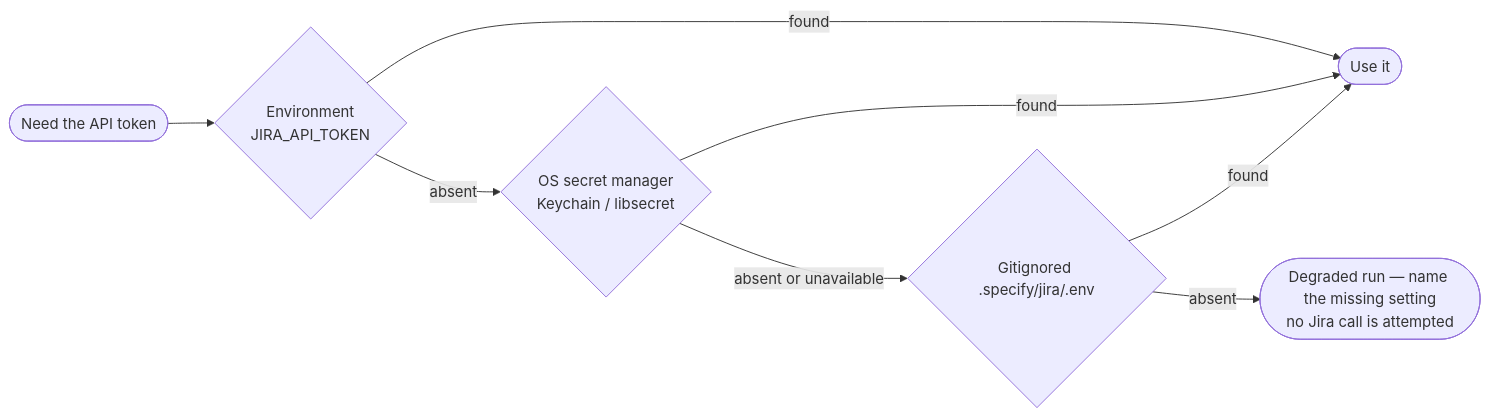
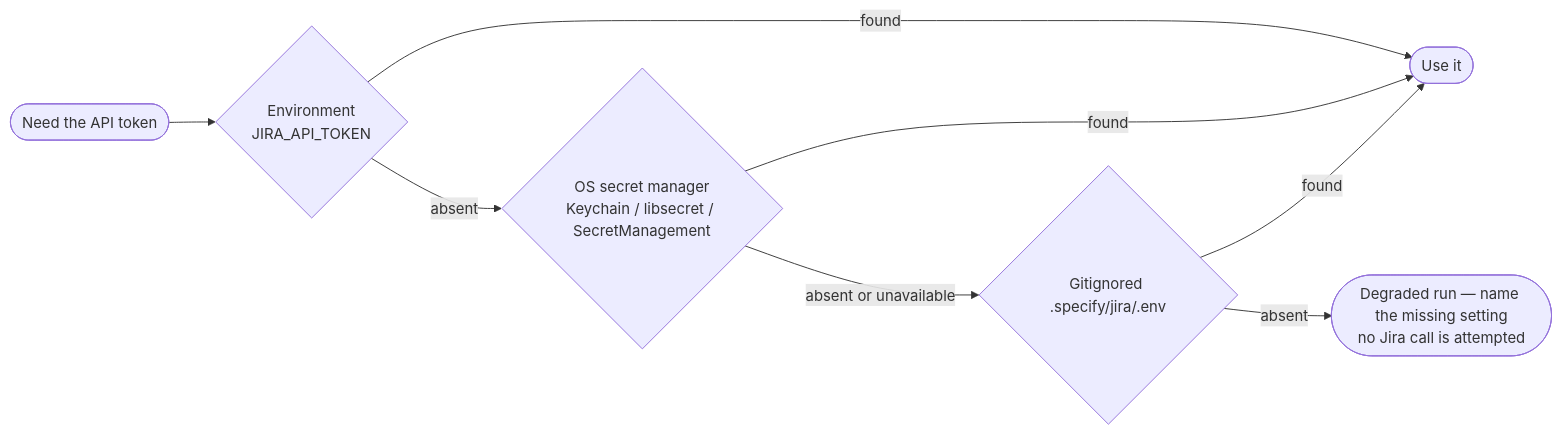
The second of 5 diagrams in docs/07-configuration-and-secrets.md (Fyloss/spec-kit-jira), drawn with Mermaid before and after one commit. The commit also changed other lines of this file and 146 other files, not shown here.

````diff
--- a/docs/07-configuration-and-secrets.md
+++ b/docs/07-configuration-and-secrets.md
@@ -51,10 +66,10 @@
 ```mermaid
 flowchart LR
     Start(["Need the API token"]) --> R1{"Environment<br/>JIRA_API_TOKEN"}
     R1 -->|"found"| Use(["Use it"])
-    R1 -->|"absent"| R2{"OS secret manager<br/>Keychain / libsecret"}
+    R1 -->|"absent"| R2{"OS secret manager<br/>Keychain / libsecret / SecretManagement"}
     R2 -->|"found"| Use
     R2 -->|"absent or unavailable"| R3{"Gitignored .specify/jira/.env"}
     R3 -->|"found"| Use
     R3 -->|"absent"| Fail(["Degraded run — name the missing setting<br/>no Jira call is attempted"])
 ```
````
